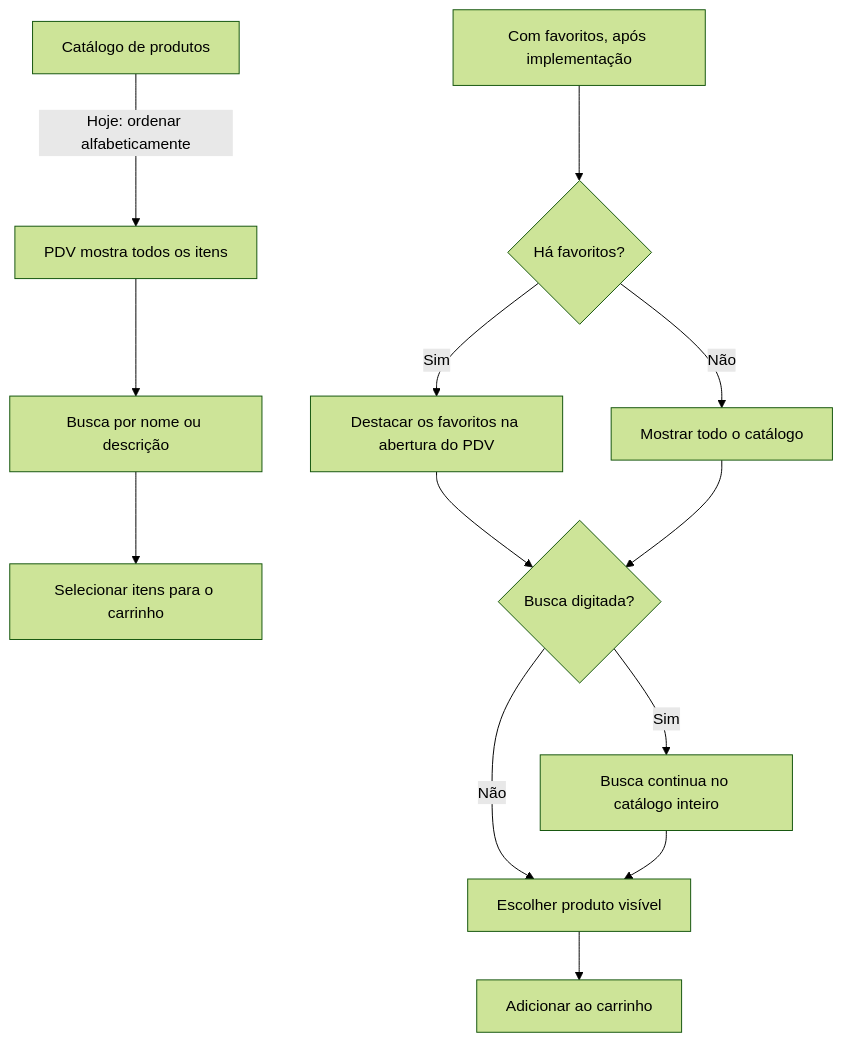
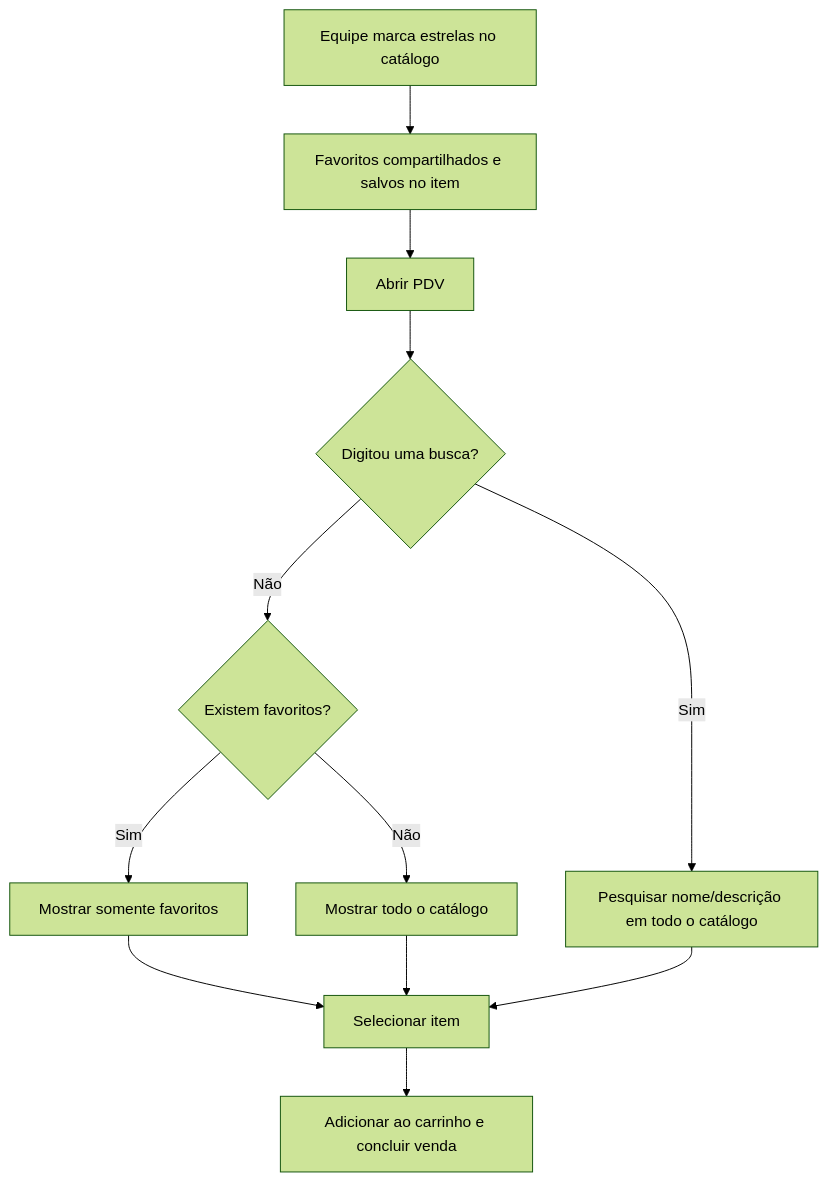
One commit to rockbca-dotcom/grafica-livre changed the fourth of 4 diagrams in FLUXOGRAMA.md. Above: the diagram before and after it, drawn with Mermaid (forest theme). The commit also changed other lines of this file and 21 other files, not shown here.

Commit message:
feat(financeiro-pdv): restrinja acesso e favorite itens

````diff
--- a/FLUXOGRAMA.md
+++ b/FLUXOGRAMA.md
@@ -67,16 +67,14 @@
 ```mermaid
 flowchart TD
-    CAT[Catálogo de produtos] -->|Hoje: ordenar alfabeticamente| TODOS[PDV mostra todos os itens]
-    TODOS --> BUSCA[Busca por nome ou descrição]
-    BUSCA --> CARRINHO[Selecionar itens para o carrinho]
-
-    NOVO[Com favoritos, após implementação] --> HAS{Há favoritos?}
-    HAS -- Sim --> FAV[Destacar os favoritos na abertura do PDV]
-    HAS -- Não --> TODOS2[Mostrar todo o catálogo]
-    FAV --> SEARCH{Busca digitada?}
-    TODOS2 --> SEARCH
-    SEARCH -- Sim --> ALL[Busca continua no catálogo inteiro]
-    SEARCH -- Não --> SELECT[Escolher produto visível]
-    ALL --> SELECT
-    SELECT --> CARRINHO2[Adicionar ao carrinho]
+    CAT[Equipe marca estrelas no catálogo] --> SH[Favoritos compartilhados e salvos no item]
+    SH --> PDV[Abrir PDV]
+    PDV --> Q{Digitou uma busca?}
+    Q -- Não --> HAS{Existem favoritos?}
+    HAS -- Sim --> FAV[Mostrar somente favoritos]
+    HAS -- Não --> TODOS[Mostrar todo o catálogo]
+    Q -- Sim --> BUSCA[Pesquisar nome/descrição em todo o catálogo]
+    FAV --> ITEM[Selecionar item]
+    TODOS --> ITEM
+    BUSCA --> ITEM
+    ITEM --> CART[Adicionar ao carrinho e concluir venda]
 ```
````
